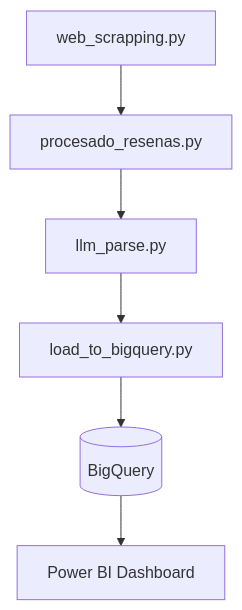
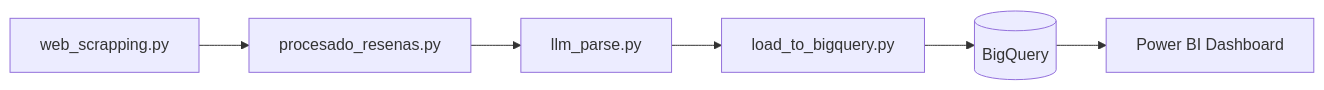
One commit to franciscogonzalez-gal/investigacion_data_science changed the diagram in README.md. Above: the diagram before and after it, drawn with Mermaid.

Commit message:
Fix workflow diagram direction in README.md

````diff
--- a/README.md
+++ b/README.md
@@ -172,8 +172,8 @@
 ```mermaid
-graph TD
+graph LR
     A[web_scrapping.py] --> B[procesado_resenas.py]
     B --> C[llm_parse.py]
     C --> D[load_to_bigquery.py]
     D --> E[(BigQuery)]
     E --> F[Power BI Dashboard]
 ```
````
